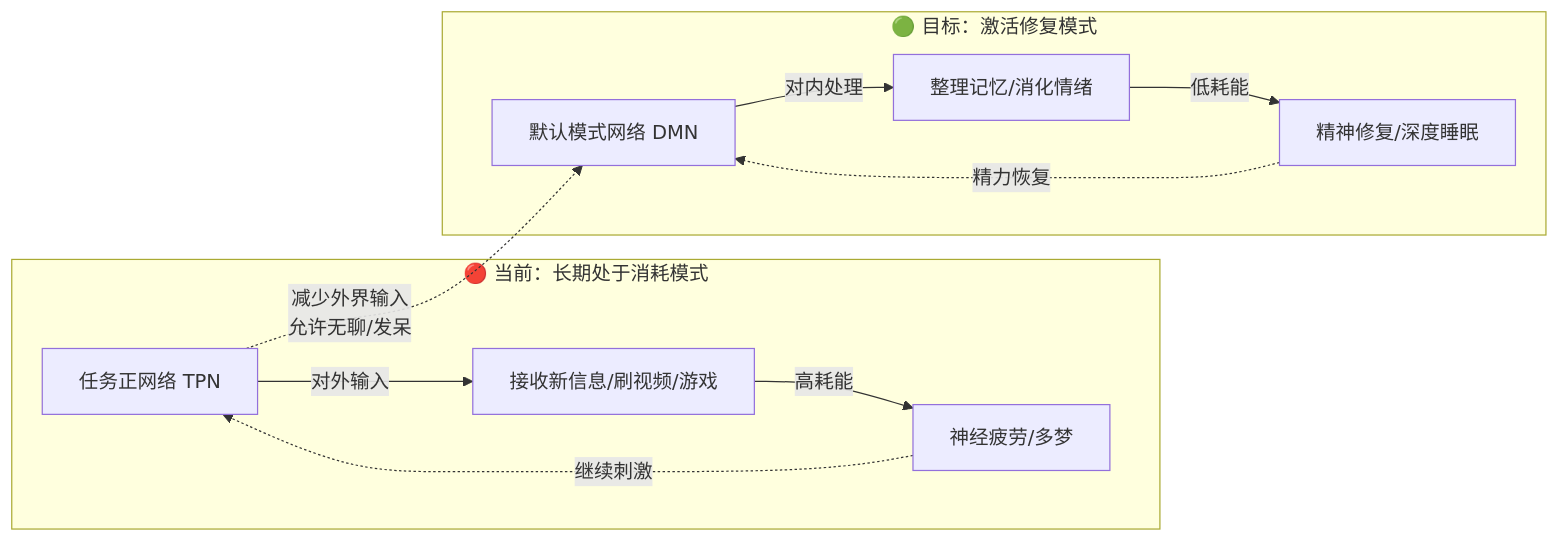
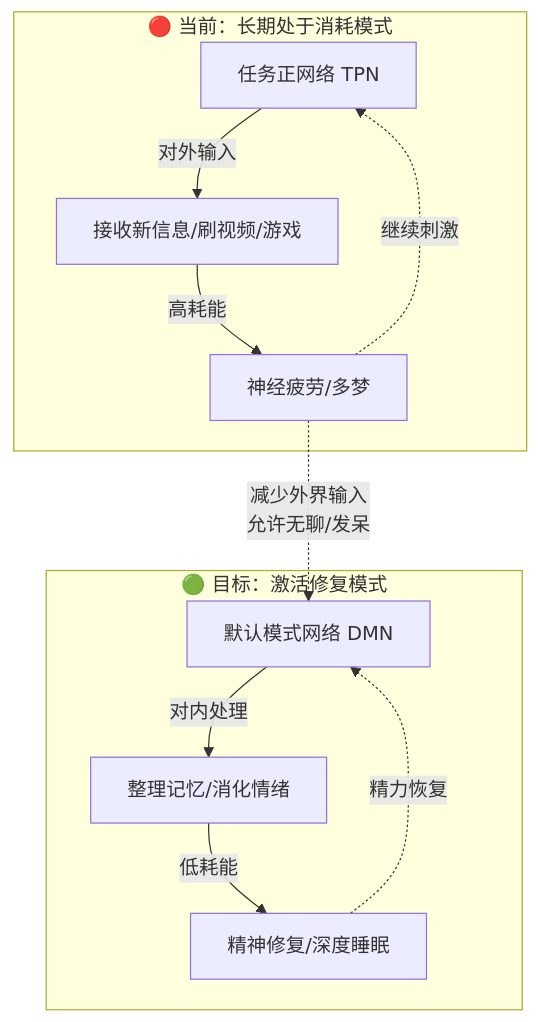
The first of 2 diagrams in content/note-1f486d44a9ee.md (4444Hao/4444Hao.github.io), drawn with Mermaid before and after one commit. The commit also changed 7 other files, not shown here.

````diff
--- a/content/note-1f486d44a9ee.md
+++ b/content/note-1f486d44a9ee.md
@@ -50,16 +50,16 @@
 ```mermaid
-graph LR
+graph TB
     subgraph 当前状态[🔴 当前：长期处于消耗模式]
         A[任务正网络 TPN] -->|对外输入| B[接收新信息/刷视频/游戏]
         B -->|高耗能| C[神经疲劳/多梦]
     end
 
     subgraph 目标状态[🟢 目标：激活修复模式]
         D[默认模式网络 DMN] -->|对内处理| E[整理记忆/消化情绪]
         E -->|低耗能| F[精神修复/深度睡眠]
     end
 
-    A -.->|减少外界输入<br>允许无聊/发呆| D
+    C -.->|减少外界输入<br>允许无聊/发呆| D
     C -.->|继续刺激| A
     F -.->|精力恢复| D
 ```
````
